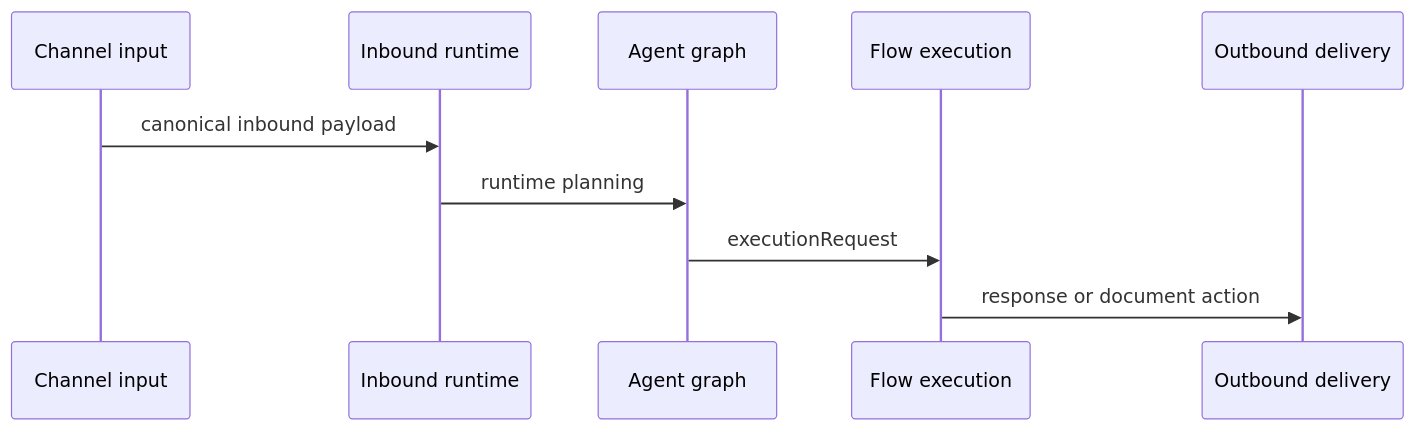
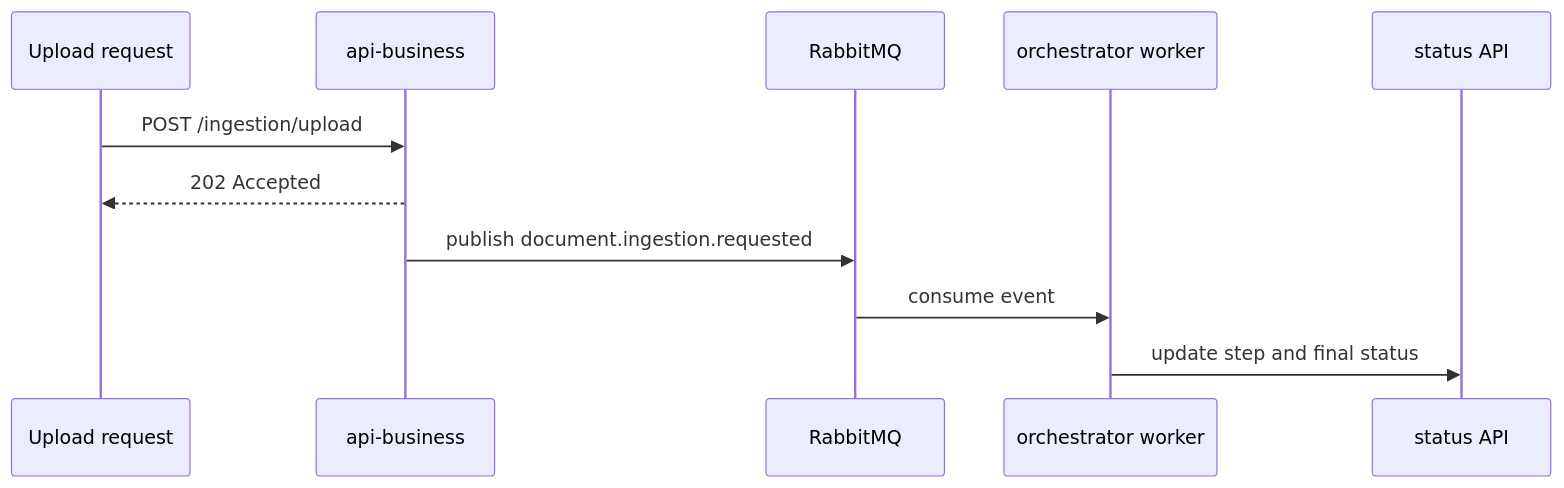
The diagram in docs/TESTING_GUIDE.md (CiceroDeveloper01/rag-platform), drawn with Mermaid before and after one commit. The commit also changed other lines of this file and 191 other files, not shown here.

Commit message:
refactor: consolidate monorepo architecture, async documents flow and platform structure

````diff
--- a/docs/TESTING_GUIDE.md
+++ b/docs/TESTING_GUIDE.md
@@ -78,13 +76,14 @@
 ```mermaid
 sequenceDiagram
-    participant Channel as Channel input
-    participant Inbound as Inbound runtime
-    participant Agent as Agent graph
-    participant Flow as Flow execution
-    participant Outbound as Outbound delivery
+    participant Upload as Upload request
+    participant API as api-business
+    participant Rabbit as RabbitMQ
+    participant Worker as orchestrator worker
+    participant Status as status API
 
-    Channel->>Inbound: canonical inbound payload
-    Inbound->>Agent: runtime planning
-    Agent->>Flow: executionRequest
-    Flow->>Outbound: response or document action
+    Upload->>API: POST /ingestion/upload
+    API-->>Upload: 202 Accepted
+    API->>Rabbit: publish document.ingestion.requested
+    Rabbit->>Worker: consume event
+    Worker->>Status: update step and final status
 ```
````
